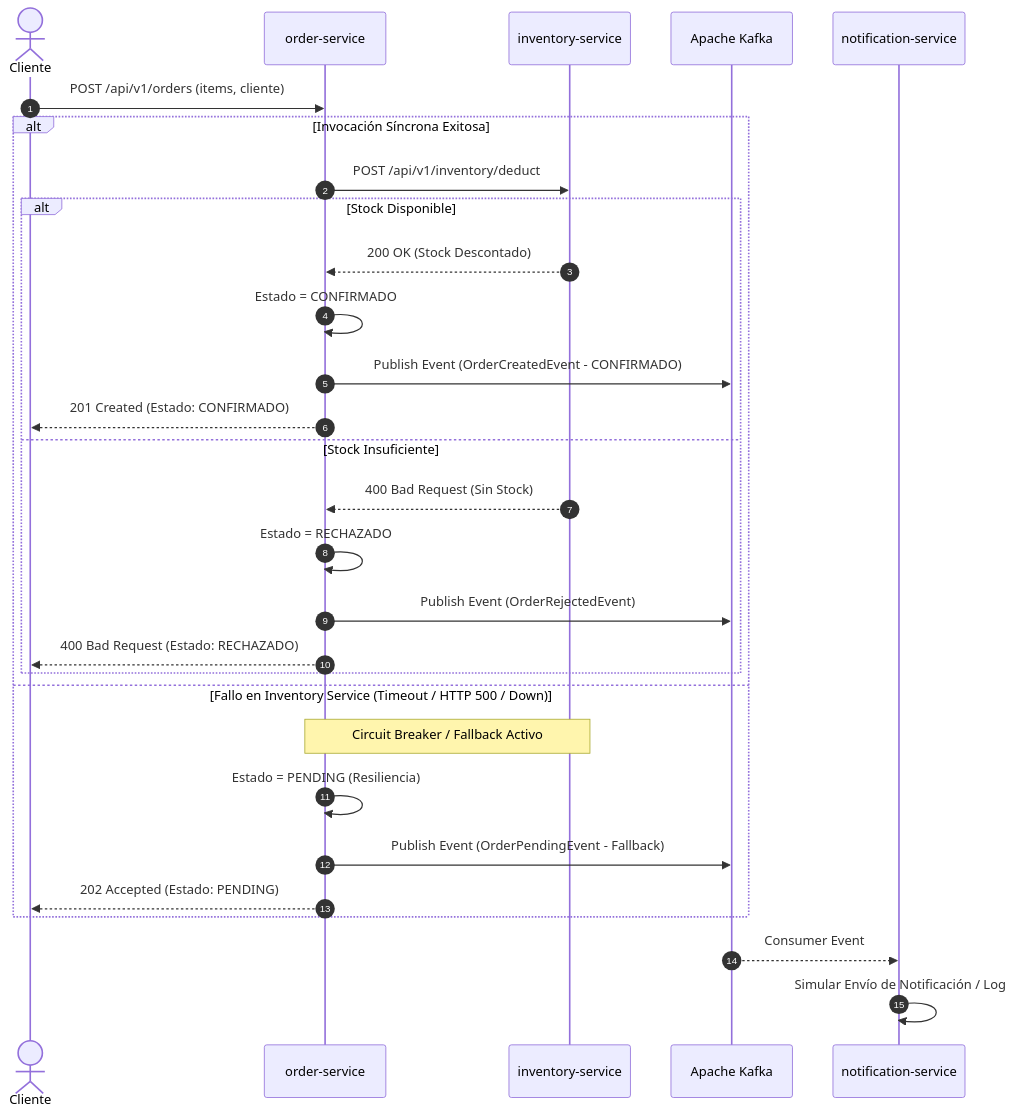
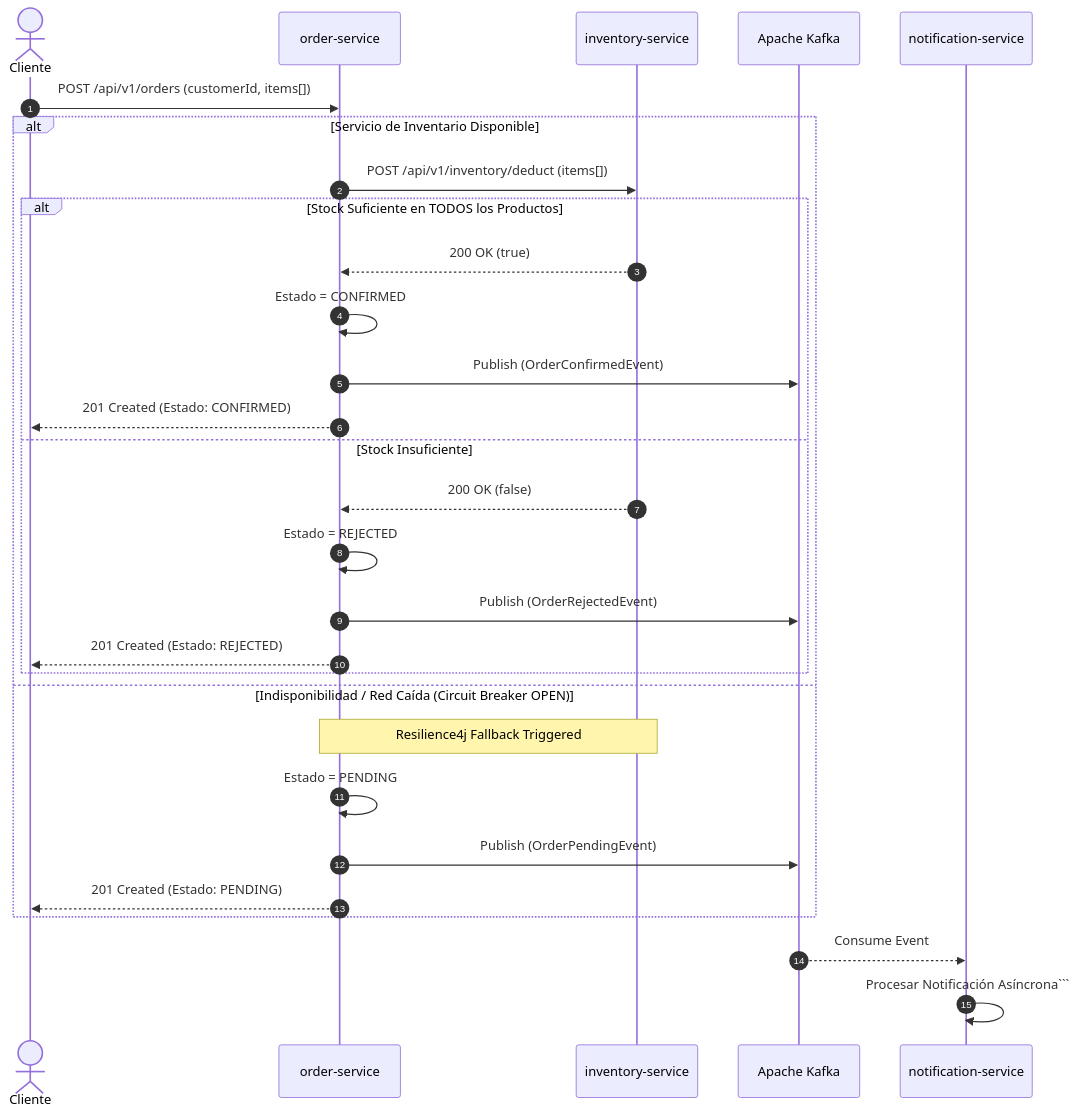
The second of 4 diagrams in docs/architecture.md (soniaGarcia/orderinvent-platform), drawn with Mermaid before and after one commit. The commit also changed other lines of this file, not shown here.

````diff
--- a/docs/architecture.md
+++ b/docs/architecture.md
@@ -33,34 +51,34 @@
 ```mermaid
 sequenceDiagram
     autonumber
     actor Cliente
     participant Order as order-service
     participant Inv as inventory-service
     participant Kafka as Apache Kafka
     participant Notif as notification-service
 
-    Cliente->>Order: POST /api/v1/orders (items, cliente)
+    Cliente->>Order: POST /api/v1/orders (customerId, items[])
     
-    alt Invocación Síncrona Exitosa
-        Order->>Inv: POST /api/v1/inventory/deduct
-        alt Stock Disponible
-            Inv-->>Order: 200 OK (Stock Descontado)
-            Order->>Order: Estado = CONFIRMADO
-            Order->>Kafka: Publish Event (OrderCreatedEvent - CONFIRMADO)
-            Order-->>Cliente: 201 Created (Estado: CONFIRMADO)
+    alt Servicio de Inventario Disponible
+        Order->>Inv: POST /api/v1/inventory/deduct (items[])
+        alt Stock Suficiente en TODOS los Productos
+            Inv-->>Order: 200 OK (true)
+            Order->>Order: Estado = CONFIRMED
+            Order->>Kafka: Publish (OrderConfirmedEvent)
+            Order-->>Cliente: 201 Created (Estado: CONFIRMED)
         else Stock Insuficiente
-            Inv-->>Order: 400 Bad Request (Sin Stock)
-            Order->>Order: Estado = RECHAZADO
-            Order->>Kafka: Publish Event (OrderRejectedEvent)
-            Order-->>Cliente: 400 Bad Request (Estado: RECHAZADO)
+            Inv-->>Order: 200 OK (false)
+            Order->>Order: Estado = REJECTED
+            Order->>Kafka: Publish (OrderRejectedEvent)
+            Order-->>Cliente: 201 Created (Estado: REJECTED)
         end
-    else Fallo en Inventory Service (Timeout / HTTP 500 / Down)
-        Note over Order,Inv: Circuit Breaker / Fallback Activo
-        Order->>Order: Estado = PENDING (Resiliencia)
-        Order->>Kafka: Publish Event (OrderPendingEvent - Fallback)
-        Order-->>Cliente: 202 Accepted (Estado: PENDING)
+    else Indisponibilidad / Red Caída (Circuit Breaker OPEN)
+        Note over Order,Inv: Resilience4j Fallback Triggered
+        Order->>Order: Estado = PENDING
+        Order->>Kafka: Publish (OrderPendingEvent)
+        Order-->>Cliente: 201 Created (Estado: PENDING)
     end
 
-    Kafka-->>Notif: Consumer Event
-    Notif->>Notif: Simular Envío de Notificación / Log
+    Kafka-->>Notif: Consume Event
+    Notif->>Notif: Procesar Notificación Asíncrona```
 ```
````
